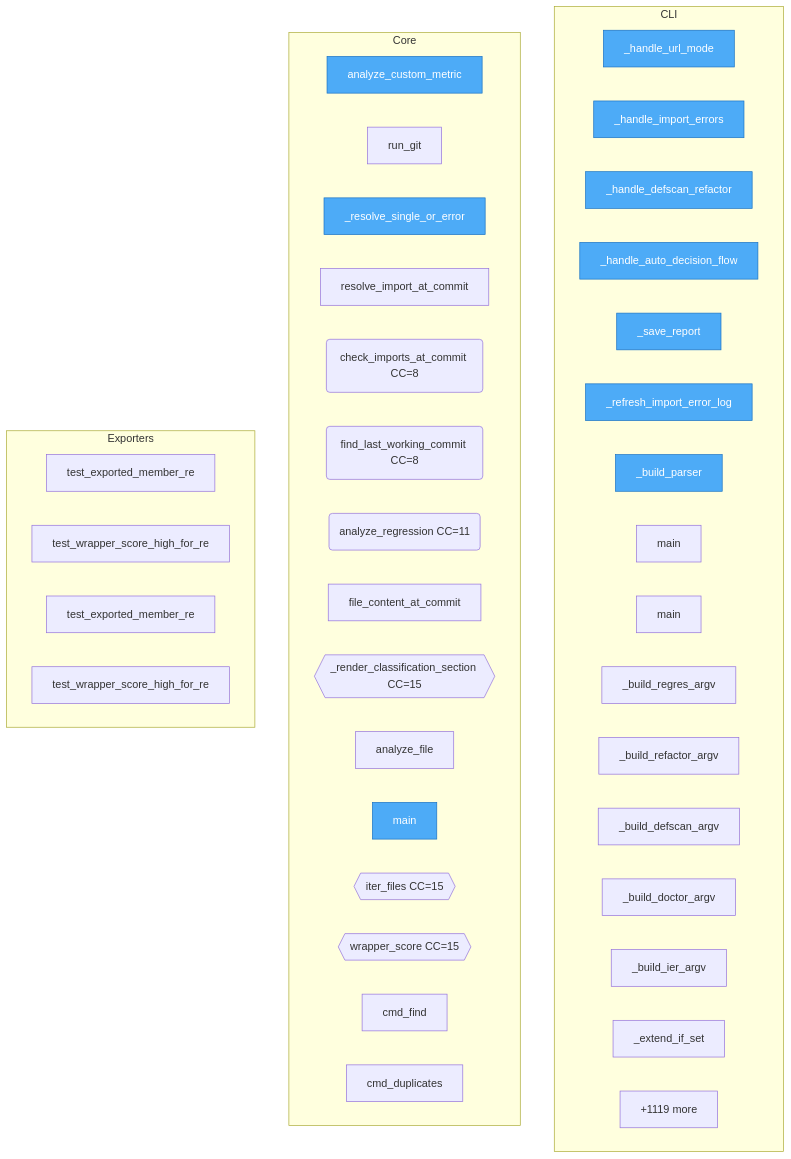
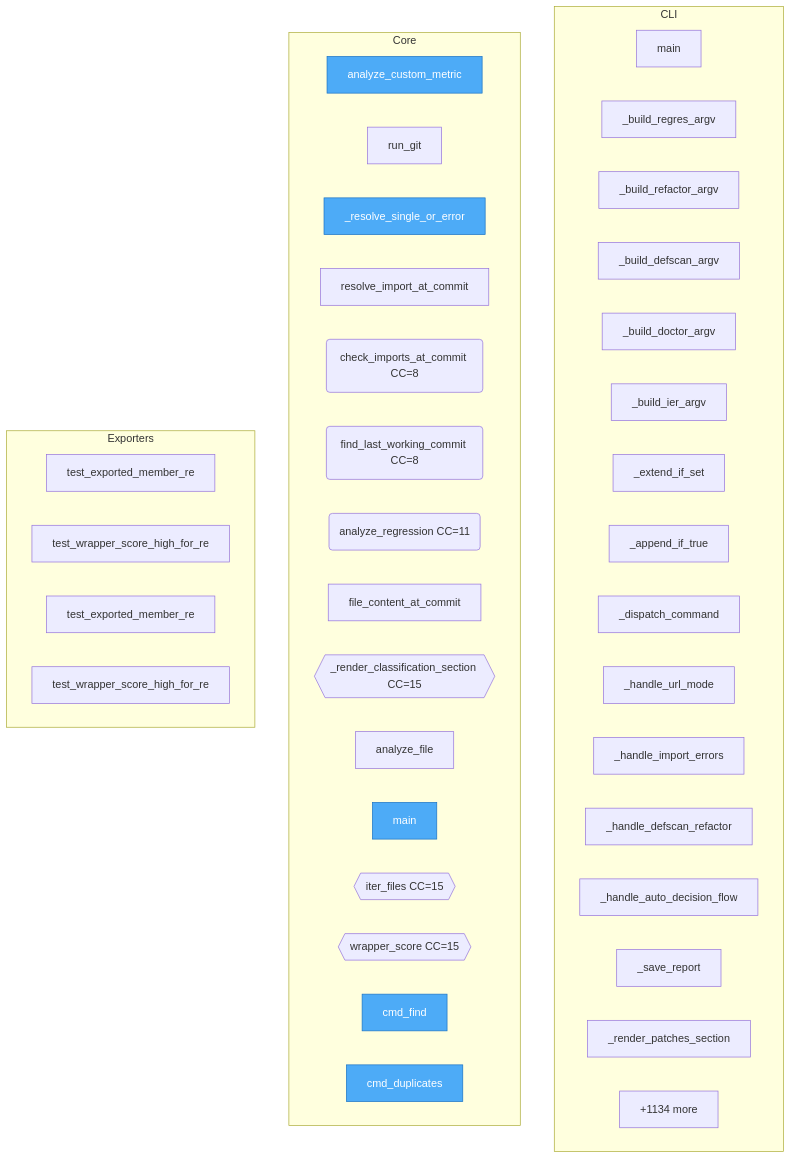
The diagram in project/flow.mmd (semcod/regres), drawn with Mermaid before and after one commit. The commit also changed 26 other files, not shown here.

```diff
--- a/project/flow.mmd
+++ b/project/flow.mmd
@@ -1,51 +1,51 @@
 flowchart TD
 
     %% Entry points (blue)
     classDef entry fill:#4dabf7,stroke:#1971c2,color:#fff
 
     subgraph CLI
-        regres__doctor_cli___handle_url_mode["_handle_url_mode"]
-        regres__doctor_cli___handle_import_errors["_handle_import_errors"]
-        regres__doctor_cli___handle_defscan_refactor["_handle_defscan_refactor"]
-        regres__doctor_cli___handle_auto_decision_flow["_handle_auto_decision_flow"]
-        regres__doctor_cli___save_report["_save_report"]
-        regres__doctor_cli___refresh_import_error_log["_refresh_import_error_log"]
-        regres__doctor_cli___build_parser["_build_parser"]
-        regres__doctor_cli__main["main"]
         regres__regres_cli__main["main"]
         regres__regres_cli___build_regres_argv["_build_regres_argv"]
         regres__regres_cli___build_refactor_argv["_build_refactor_argv"]
         regres__regres_cli___build_defscan_argv["_build_defscan_argv"]
         regres__regres_cli___build_doctor_argv["_build_doctor_argv"]
         regres__regres_cli___build_ier_argv["_build_ier_argv"]
         regres__regres_cli___extend_if_set["_extend_if_set"]
-        ...["+2 more"]
+        regres__regres_cli___append_if_true["_append_if_true"]
+        regres__regres_cli___dispatch_command["_dispatch_command"]
+        regres__doctor_cli___handle_url_mode["_handle_url_mode"]
+        regres__doctor_cli___handle_import_errors["_handle_import_errors"]
+        regres__doctor_cli___handle_defscan_refactor["_handle_defscan_refactor"]
+        regres__doctor_cli___handle_auto_decision_flow["_handle_auto_decision_flow"]
+        regres__doctor_cli___save_report["_save_report"]
+        regres__doctor_cli___render_patches_section["_render_patches_section"]
+        ...["+3 more"]
     end
 
     subgraph Core
         docs__DOCTOR__analyze_custom_metric["analyze_custom_metric"]
         regres__regres__run_git["run_git"]
         regres__regres___resolve_single_or_error["_resolve_single_or_error"]
         regres__regres__resolve_import_at_commit["resolve_import_at_commit"]
         regres__regres__check_imports_at_commit("check_imports_at_commit CC=8")
         regres__regres__find_last_working_commit("find_last_working_commit CC=8")
         regres__regres__analyze_regression("analyze_regression CC=11")
         regres__regres__file_content_at_commit["file_content_at_commit"]
         regres__regres___render_classification_section{{_render_classification_section CC=15}}
         regres__regres__analyze_file["analyze_file"]
         regres__regres__main["main"]
         regres__refactor__iter_files{{iter_files CC=15}}
         regres__refactor__wrapper_score{{wrapper_score CC=15}}
         regres__refactor__cmd_find["cmd_find"]
         regres__refactor__cmd_duplicates["cmd_duplicates"]
-        ...["+1119 more"]
+        ...["+1134 more"]
     end
 
     subgraph Exporters
         project__map__toon__test_exported_member_re["test_exported_member_re"]
         project__map__toon__test_wrapper_score_high_for_reexport["test_wrapper_score_high_for_re"]
         SUMD__test_exported_member_re["test_exported_member_re"]
         SUMD__test_wrapper_score_high_for_reexport["test_wrapper_score_high_for_re"]
     end
 
-    class docs__DOCTOR__analyze_custom_metric,regres__regres___resolve_single_or_error,regres__regres__main,regres__doctor_cli___handle_url_mode,regres__doctor_cli___handle_import_errors,regres__doctor_cli___handle_defscan_refactor,regres__doctor_cli___handle_auto_decision_flow,regres__doctor_cli___save_report,regres__doctor_cli___refresh_import_error_log,regres__doctor_cli___build_parser entry
+    class docs__DOCTOR__analyze_custom_metric,regres__regres___resolve_single_or_error,regres__regres__main,regres__refactor__cmd_find,regres__refactor__cmd_duplicates,regres__refactor__cmd_similar,regres__refactor__cmd_symbols,regres__refactor__cmd_wrappers,regres__refactor__cmd_dead,regres__refactor__cmd_diff entry
```
